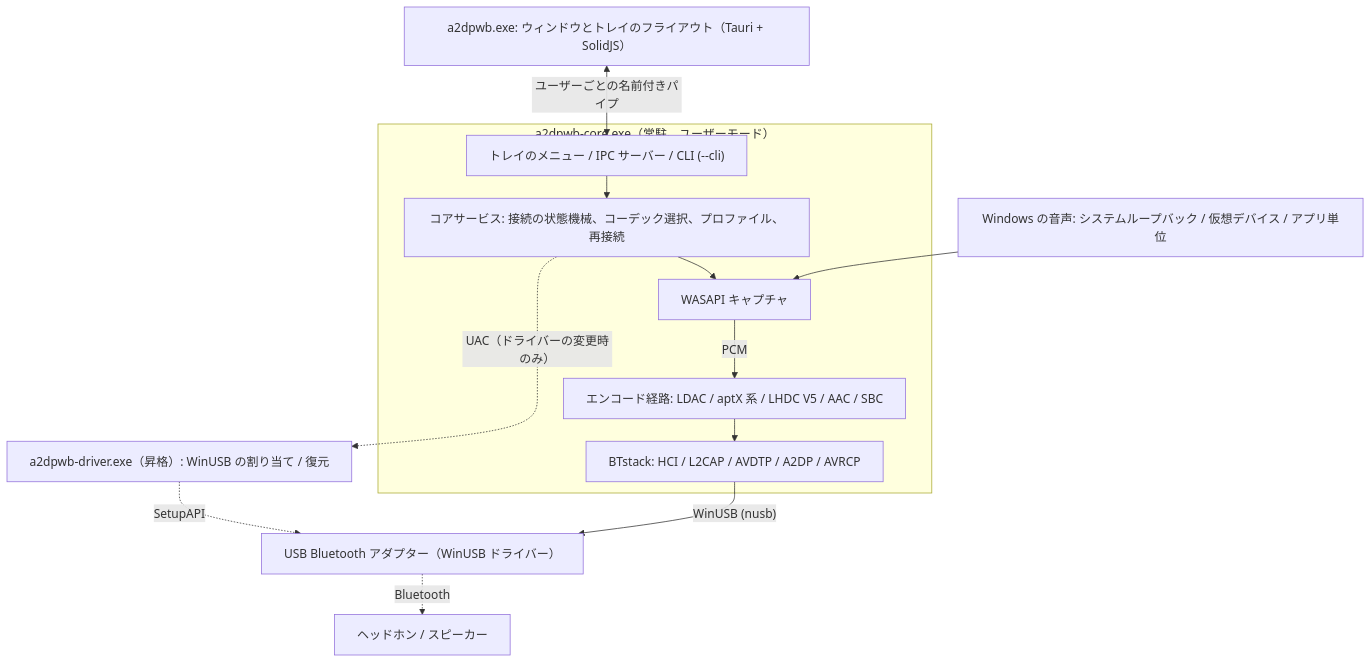
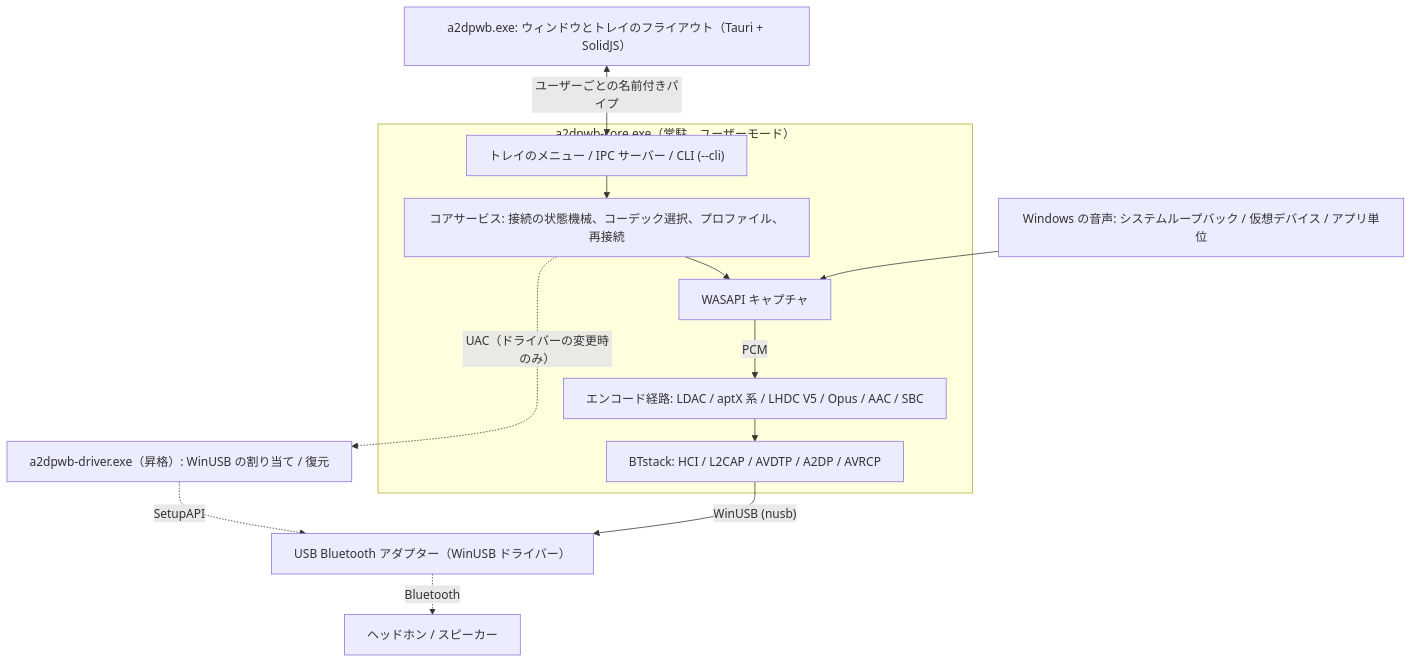
One commit to Akramx15/A2DP-Windows-Bridge changed the first of 4 diagrams in docs/ja/architecture.md. Above: the diagram before and after it, drawn with Mermaid. The commit also changed other lines of this file and 15 other files, not shown here.

````diff
--- a/docs/ja/architecture.md
+++ b/docs/ja/architecture.md
@@ -37,23 +37,23 @@
 ```mermaid
 ---
 config:
   flowchart:
     wrappingWidth: 480
     rankSpacing: 30
 ---
 flowchart TB
     src["Windows の音声: システムループバック / 仮想デバイス / アプリ単位"]
     ui["a2dpwb.exe: ウィンドウとトレイのフライアウト（Tauri + SolidJS）"]
     subgraph core["a2dpwb-core.exe（常駐、ユーザーモード）"]
         ctl["トレイのメニュー / IPC サーバー / CLI (--cli)"] --> svc["コアサービス: 接続の状態機械、コーデック選択、プロファイル、再接続"]
         svc --> cap["WASAPI キャプチャ"]
-        cap -- PCM --> enc["エンコード経路: LDAC / aptX 系 / LHDC V5 / AAC / SBC"]
+        cap -- PCM --> enc["エンコード経路: LDAC / aptX 系 / LHDC V5 / Opus / AAC / SBC"]
         enc --> bt["BTstack: HCI / L2CAP / AVDTP / A2DP / AVRCP"]
     end
     ui <-->|"ユーザーごとの名前付きパイプ"| ctl
     svc -.->|"UAC（ドライバーの変更時のみ）"| drv["a2dpwb-driver.exe（昇格）: WinUSB の割り当て / 復元"]
     src --> cap
     bt -->|"WinUSB (nusb)"| usb["USB Bluetooth アダプター（WinUSB ドライバー）"]
     drv -.->|SetupAPI| usb
     usb -. Bluetooth .-> hp["ヘッドホン / スピーカー"]
 ```
````
